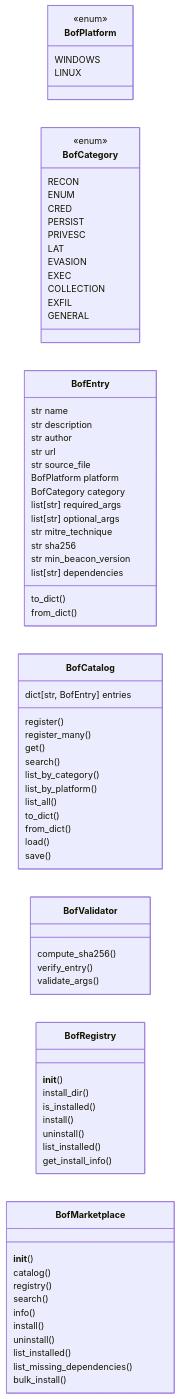
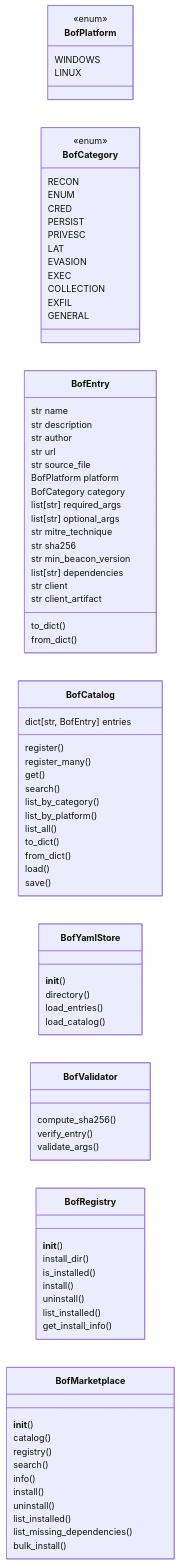
Before and after one commit to grisuno/LazyOwn: the first of 2 diagrams in readmenator-apidocs/modules/modules.bof_registry.py.md, drawn with Mermaid. The commit also changed other lines of this file and 380 other files, not shown here.

````diff
--- a/readmenator-apidocs/modules/modules.bof_registry.py.md
+++ b/readmenator-apidocs/modules/modules.bof_registry.py.md
@@ -50,73 +51,80 @@
 ```mermaid
 classDiagram
     direction LR
     class BofPlatform
     <<enum>> BofPlatform
     BofPlatform : WINDOWS
     BofPlatform : LINUX
     class BofCategory
     <<enum>> BofCategory
     BofCategory : RECON
     BofCategory : ENUM
     BofCategory : CRED
     BofCategory : PERSIST
     BofCategory : PRIVESC
     BofCategory : LAT
     BofCategory : EVASION
     BofCategory : EXEC
     BofCategory : COLLECTION
     BofCategory : EXFIL
     BofCategory : GENERAL
     class BofEntry
     BofEntry : str name
     BofEntry : str description
     BofEntry : str author
     BofEntry : str url
     BofEntry : str source_file
     BofEntry : BofPlatform platform
     BofEntry : BofCategory category
     BofEntry : list[str] required_args
     BofEntry : list[str] optional_args
     BofEntry : str mitre_technique
     BofEntry : str sha256
     BofEntry : str min_beacon_version
     BofEntry : list[str] dependencies
+    BofEntry : str client
+    BofEntry : str client_artifact
     BofEntry : to_dict()
     BofEntry : from_dict()
     class BofCatalog
     BofCatalog : dict[str, BofEntry] entries
     BofCatalog : register()
     BofCatalog : register_many()
     BofCatalog : get()
     BofCatalog : search()
     BofCatalog : list_by_category()
     BofCatalog : list_by_platform()
     BofCatalog : list_all()
     BofCatalog : to_dict()
     BofCatalog : from_dict()
     BofCatalog : load()
     BofCatalog : save()
+    class BofYamlStore
+    BofYamlStore : __init__()
+    BofYamlStore : directory()
+    BofYamlStore : load_entries()
+    BofYamlStore : load_catalog()
     class BofValidator
     BofValidator : compute_sha256()
     BofValidator : verify_entry()
     BofValidator : validate_args()
     class BofRegistry
     BofRegistry : __init__()
     BofRegistry : install_dir()
     BofRegistry : is_installed()
     BofRegistry : install()
     BofRegistry : uninstall()
     BofRegistry : list_installed()
     BofRegistry : get_install_info()
     class BofMarketplace
     BofMarketplace : __init__()
     BofMarketplace : catalog()
     BofMarketplace : registry()
     BofMarketplace : search()
     BofMarketplace : info()
     BofMarketplace : install()
     BofMarketplace : uninstall()
     BofMarketplace : list_installed()
     BofMarketplace : list_missing_dependencies()
     BofMarketplace : bulk_install()
 ```
````
